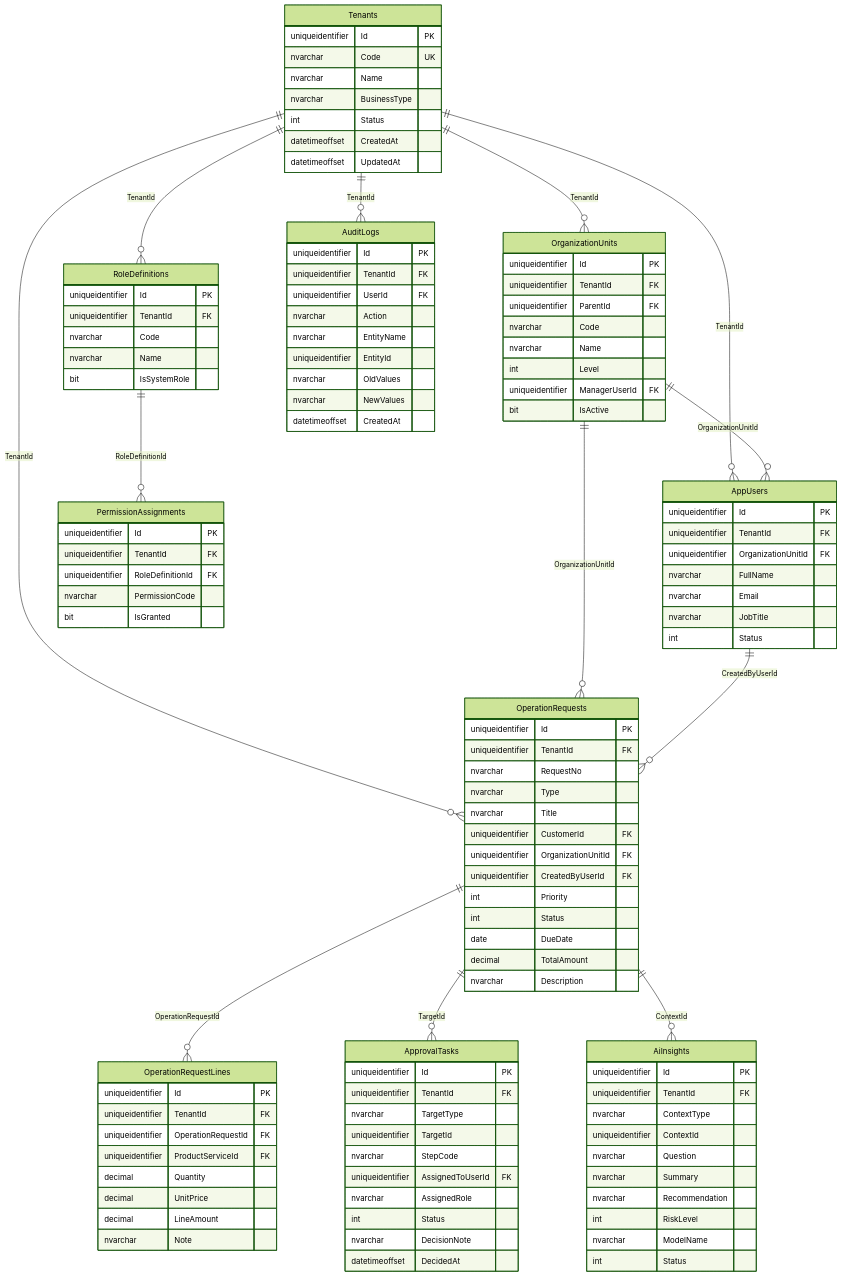
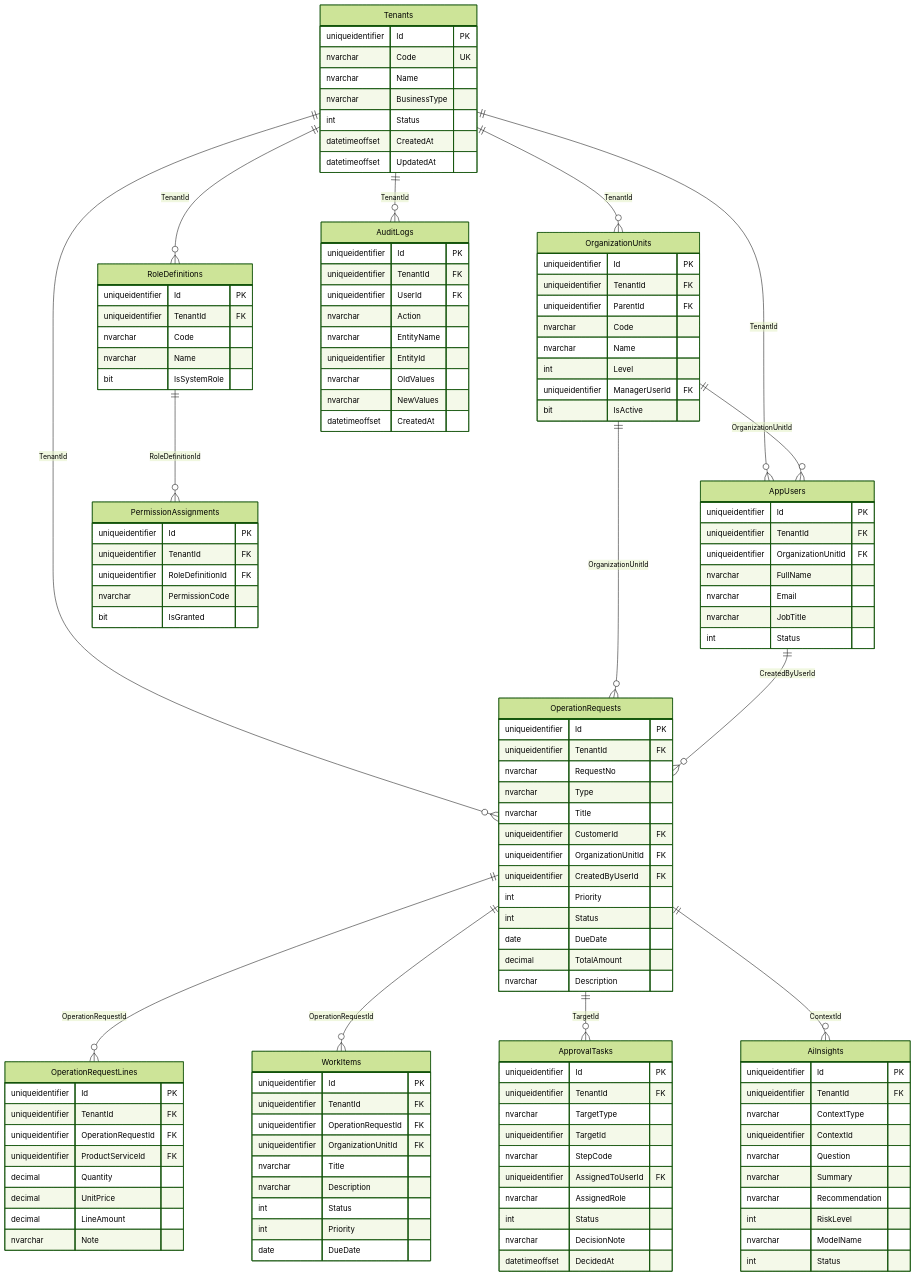
One commit to quanptatb/OmniBizAI changed the seventh of 7 diagrams in docs/06-Database-Design.md. Above: the diagram before and after it, drawn with Mermaid (forest theme). The commit also changed other lines of this file and 15 other files, not shown here.

```diff
--- a/docs/06-Database-Design.md
+++ b/docs/06-Database-Design.md
@@ -371,6 +372,18 @@
         nvarchar Note
     }
 
+    WorkItems {
+        uniqueidentifier Id PK
+        uniqueidentifier TenantId FK
+        uniqueidentifier OperationRequestId FK
+        uniqueidentifier OrganizationUnitId FK
+        nvarchar Title
+        nvarchar Description
+        int Status
+        int Priority
+        date DueDate
+    }
+
     ApprovalTasks {
         uniqueidentifier Id PK
         uniqueidentifier TenantId FK
@@ -418,6 +431,7 @@
     OrganizationUnits ||--o{ OperationRequests : OrganizationUnitId
     AppUsers ||--o{ OperationRequests : CreatedByUserId
     OperationRequests ||--o{ OperationRequestLines : OperationRequestId
+    OperationRequests ||--o{ WorkItems : OperationRequestId
     OperationRequests ||--o{ ApprovalTasks : TargetId
     OperationRequests ||--o{ AiInsights : ContextId
     Tenants ||--o{ AuditLogs : TenantId
```
